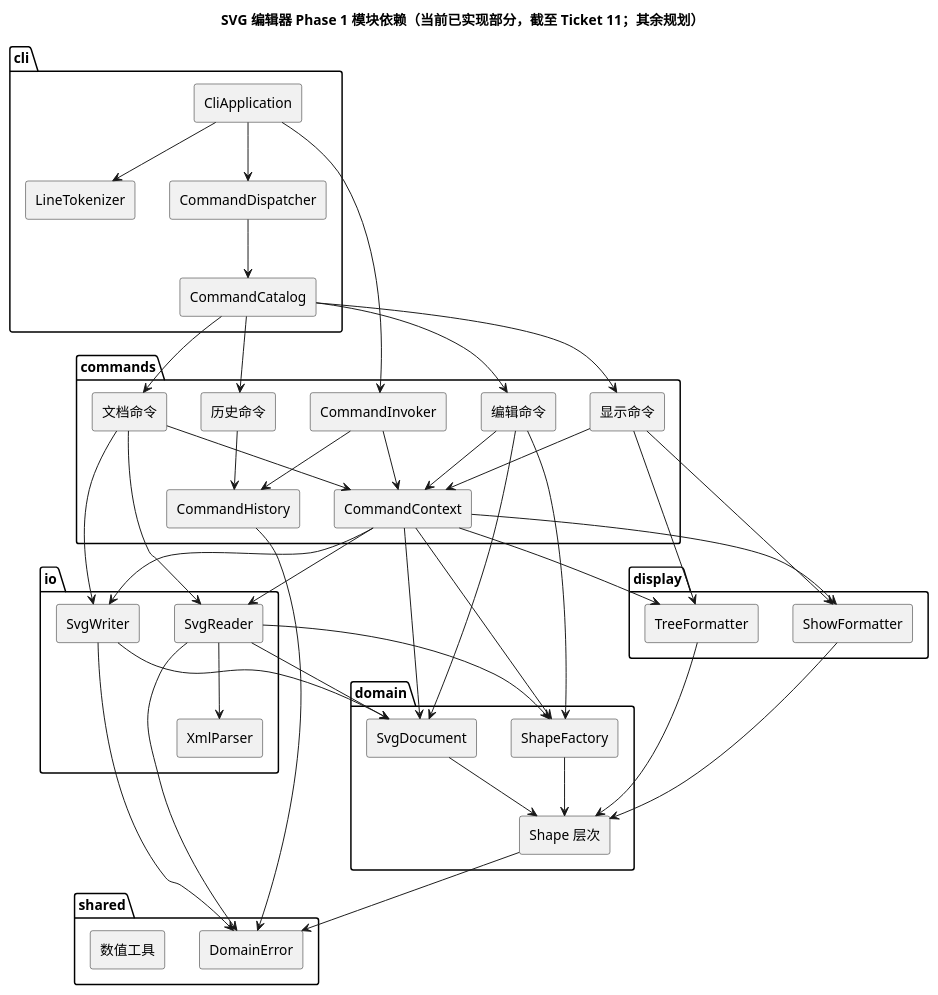
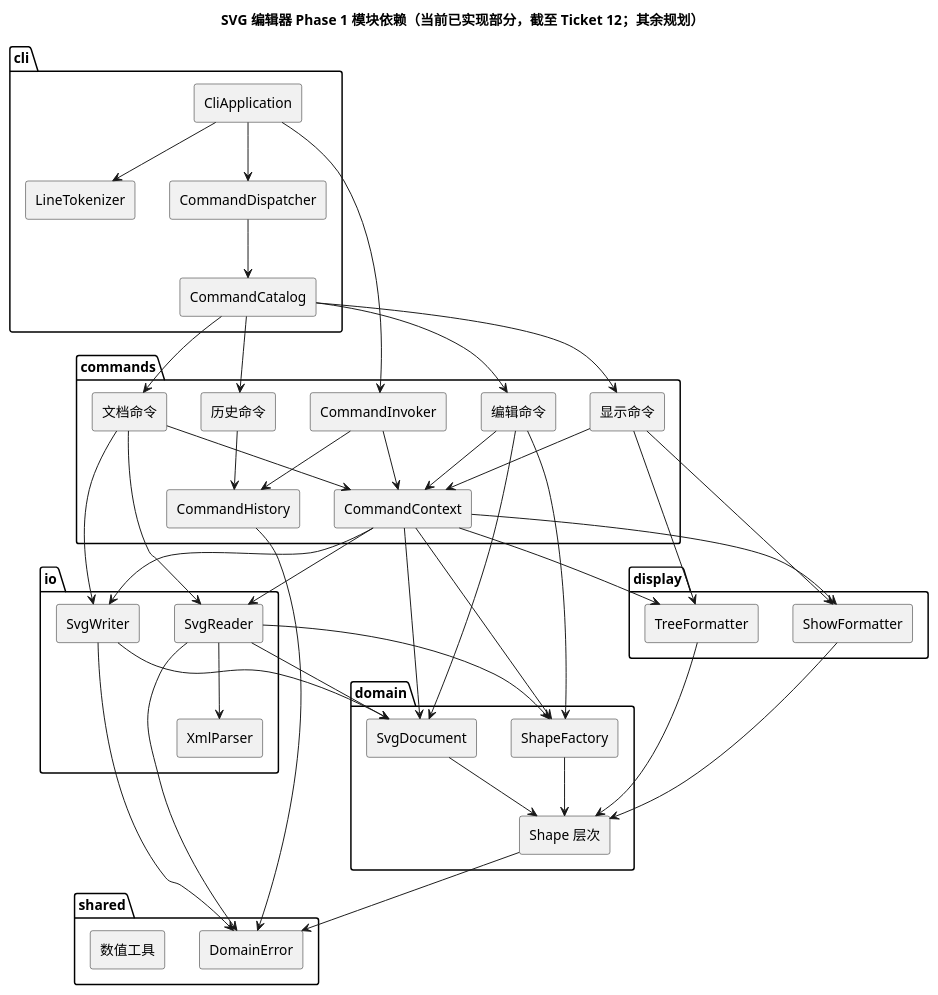
One commit to NQC233/svg-editor-lab1 changed the diagram in doc/README.md. Above: the diagram before and after it, drawn with PlantUML. The commit also changed other lines of this file and 5 other files, not shown here.

````diff
--- a/doc/README.md
+++ b/doc/README.md
@@ -52,7 +53,7 @@
 ```plantuml
 @startuml
 skinparam componentStyle rectangle
-title SVG 编辑器 Phase 1 模块依赖（当前已实现部分，截至 Ticket 11；其余规划）
+title SVG 编辑器 Phase 1 模块依赖（当前已实现部分，截至 Ticket 12；其余规划）
 
 package "cli" {
   [CliApplication]
````
